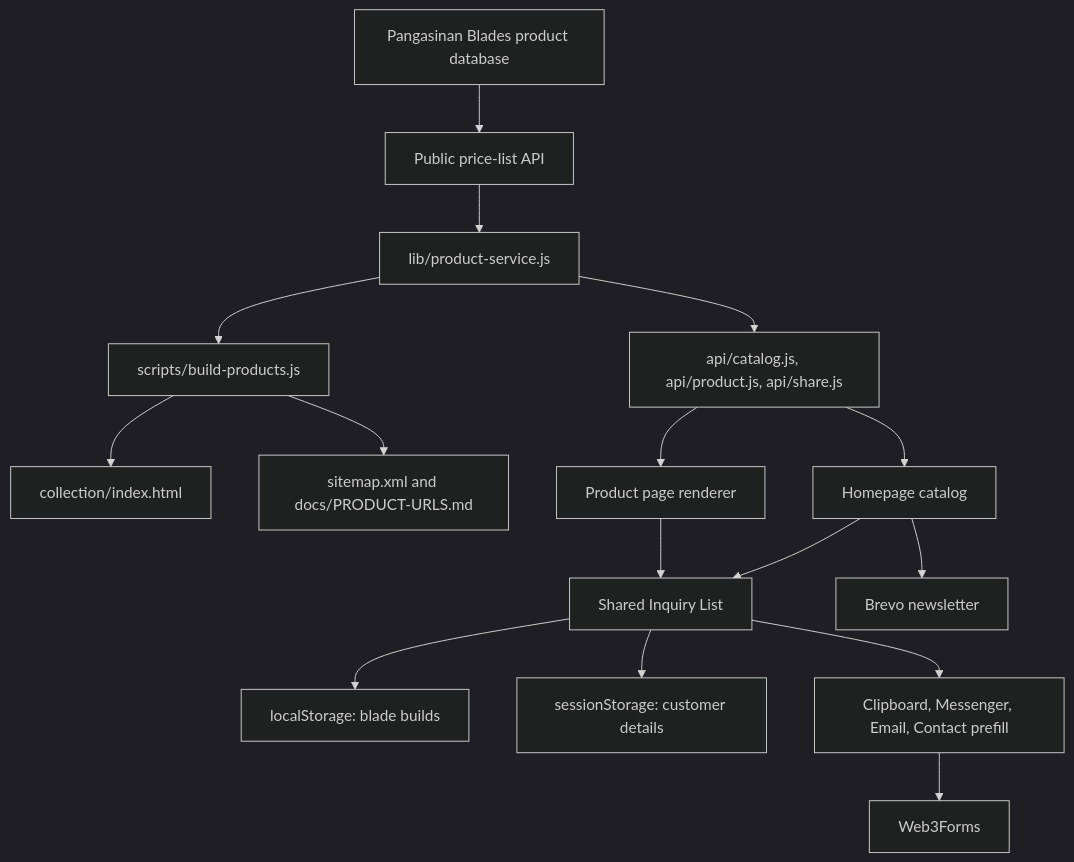
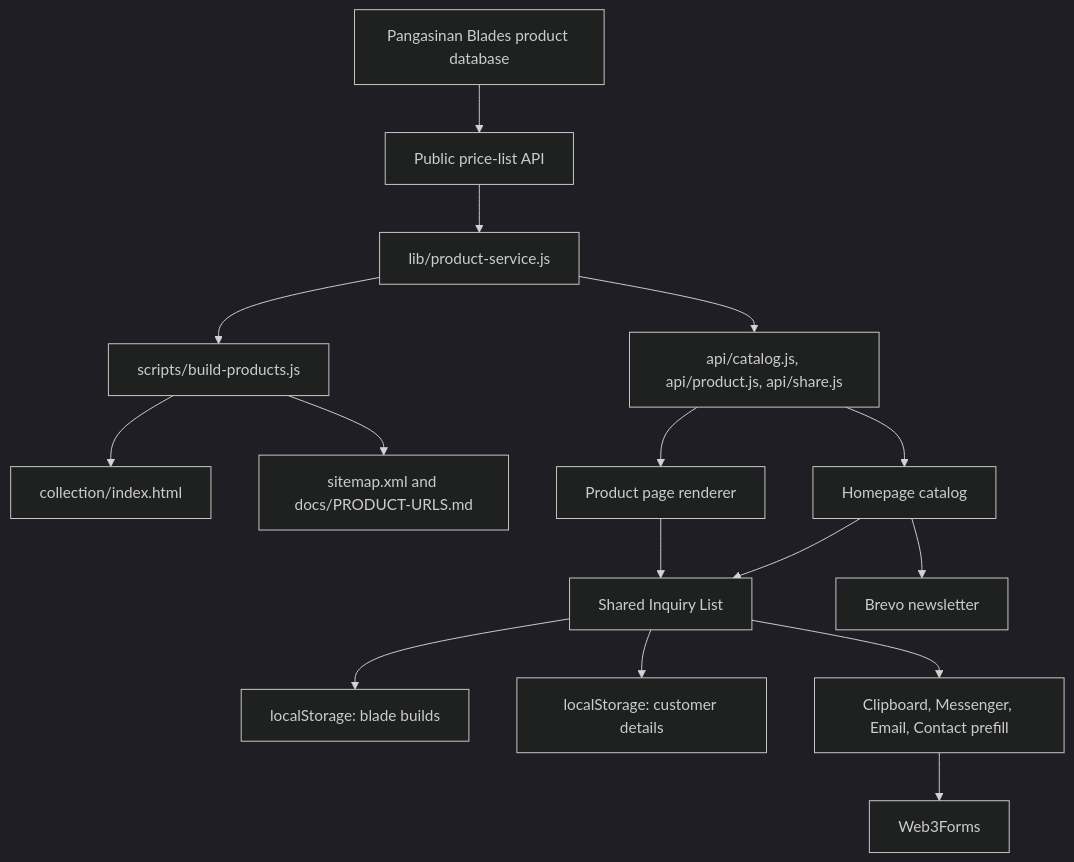
The first of 2 diagrams in docs/WEB_APPLICATION_DOCUMENTATION.md (bsitcabua/pangasinan-blades), drawn with Mermaid (dark theme) before and after one commit. The commit also changed other lines of this file and 9 other files, not shown here.

Commit message:
`feat(quote): persist customer details with clear option`

````diff
--- a/docs/WEB_APPLICATION_DOCUMENTATION.md
+++ b/docs/WEB_APPLICATION_DOCUMENTATION.md
@@ -127,18 +127,18 @@
 ```mermaid
 flowchart TD
     DB["Pangasinan Blades product database"] --> REMOTE["Public price-list API"]
     REMOTE --> SERVICE["lib/product-service.js"]
     SERVICE --> BUILD["scripts/build-products.js"]
     BUILD --> PAGE["collection/index.html"]
     BUILD --> MAP["sitemap.xml and docs/PRODUCT-URLS.md"]
     SERVICE --> APIS["api/catalog.js, api/product.js, api/share.js"]
     APIS --> HOME["Homepage catalog"]
     APIS --> PRODUCT["Product page renderer"]
     HOME --> STORE["Shared Inquiry List"]
     PRODUCT --> STORE
     STORE --> LOCAL["localStorage: blade builds"]
-    STORE --> SESSION["sessionStorage: customer details"]
+    STORE --> CUSTOMER["localStorage: customer details"]
     STORE --> CHANNELS["Clipboard, Messenger, Email, Contact prefill"]
     CHANNELS --> WEB3["Web3Forms"]
     HOME --> BREVO["Brevo newsletter"]
 ```
````
